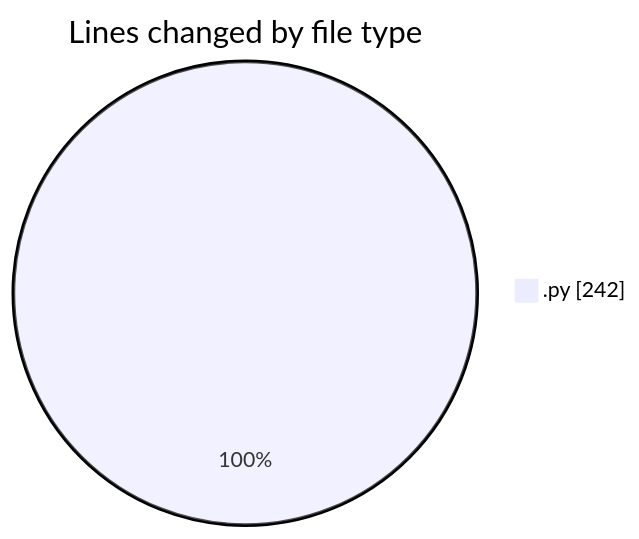
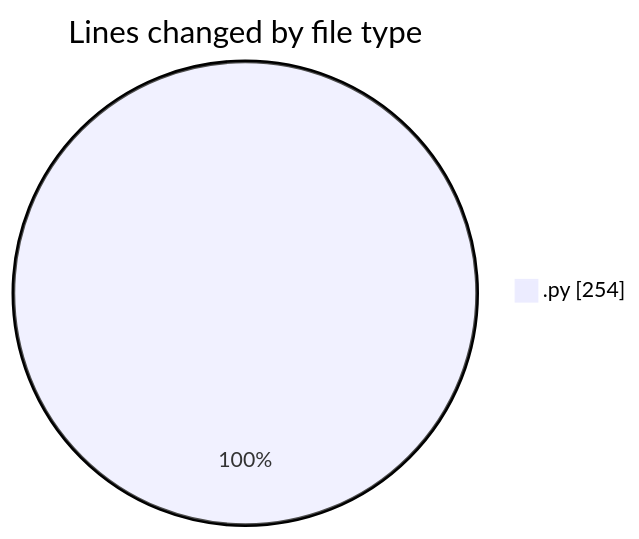
The first of 2 diagrams in 2025-07-03/cursor/README.md (FelipKnott/code-tracking), drawn with Mermaid before and after one commit. The commit also changed other lines of this file and 1 other file, not shown here.

````diff
--- a/2025-07-03/cursor/README.md
+++ b/2025-07-03/cursor/README.md
@@ -26,5 +26,5 @@
 ```mermaid
 pie showData
 title Lines changed by file type
-".py" : 242
+".py" : 254
 ```
````
